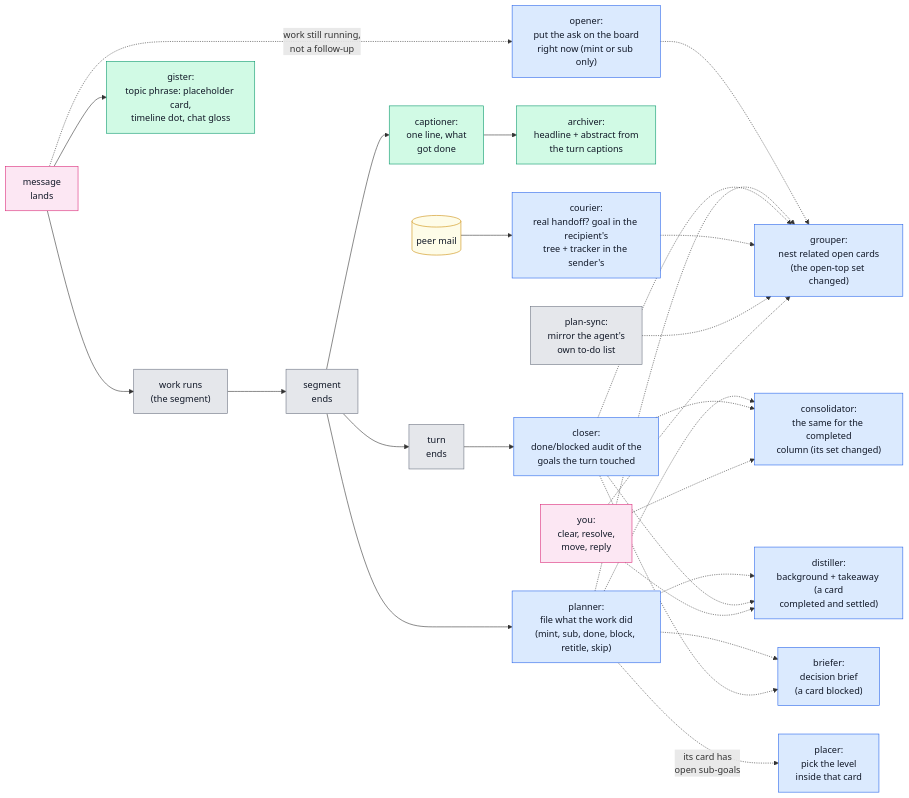
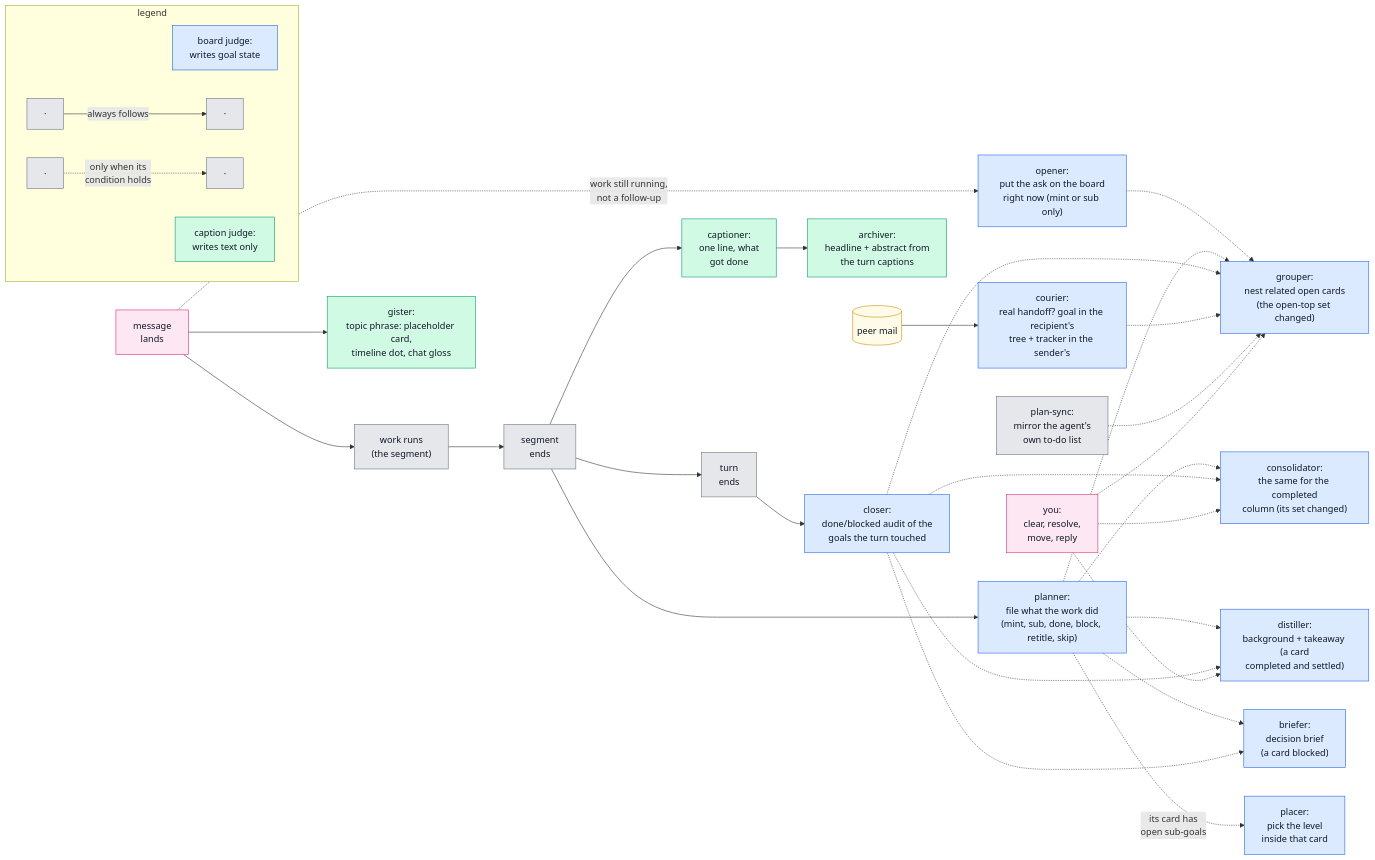
One commit to Chris-mian/romp changed the second of 5 diagrams in docs/judge-pipeline.md. Above: the diagram before and after it, drawn with Mermaid.

Commit message:
judge figure: in-figure legend, rank you/plan-sync/peer-mail near the fan-in
The you and plan-sync nodes (and the peer-mail anchor) had no incoming edges,
so the renderer put them at the far left and their dashed edges crossed the
whole figure; invisible rank links pull them next to the board-change judges
they feed. A legend subgraph now states the conventions in the figure itself:
solid = always follows, dashed = only when its condition holds, blue = board
judge, green = caption judge.

````diff
--- a/docs/judge-pipeline.md
+++ b/docs/judge-pipeline.md
@@ -65,23 +65,30 @@
 ```mermaid
 flowchart LR
     M["message<br/>lands"]:::user --> W["work runs<br/>(the segment)"]:::det --> E["segment<br/>ends"]:::det --> X["turn<br/>ends"]:::det
-    MAIL[("peer mail")]:::data --> CO["courier:<br/>real handoff? goal in the recipient's<br/>tree + tracker in the sender's"]:::llm
+    E ~~~ MAIL[("peer mail")]:::data --> CO["courier:<br/>real handoff? goal in the recipient's<br/>tree + tracker in the sender's"]:::llm
     M --> GI["gister:<br/>topic phrase: placeholder card,<br/>timeline dot, chat gloss"]:::idx
     E --> CA["captioner:<br/>one line, what<br/>got done"]:::idx
     CA --> AR["archiver:<br/>headline + abstract from<br/>the turn captions"]:::idx
     M -.->|"work still running,<br/>not a follow-up"| PP["opener:<br/>put the ask on the board<br/>right now (mint or sub only)"]:::llm
     E --> PL["planner:<br/>file what the work did<br/>(mint, sub, done, block, retitle, skip)"]:::llm
     PL -.->|"its card has<br/>open sub-goals"| PC["placer:<br/>pick the level<br/>inside that card"]:::llm
     X --> CL["closer:<br/>done/blocked audit of the<br/>goals the turn touched"]:::llm
-    SYNC["plan-sync:<br/>mirror the agent's<br/>own to-do list"]:::det
-    YOU["you:<br/>clear, resolve,<br/>move, reply"]:::user
+    X ~~~ SYNC["plan-sync:<br/>mirror the agent's<br/>own to-do list"]:::det
+    CL ~~~ YOU["you:<br/>clear, resolve,<br/>move, reply"]:::user
     PP & PL & CL & CO & SYNC & YOU -.-> GR["grouper:<br/>nest related open cards<br/>(the open-top set changed)"]:::llm
     PL & CL & YOU -.-> CN["consolidator:<br/>the same for the completed<br/>column (its set changed)"]:::llm
     PL & CL & YOU -.-> DI["distiller:<br/>background + takeaway (a card<br/>completed and settled)"]:::llm
     PL & CL -.-> BR["briefer:<br/>decision brief<br/>(a card blocked)"]:::llm
+    subgraph LEGEND["legend"]
+        direction LR
+        LB["board judge:<br/>writes goal state"]:::llm
+        LG["caption judge:<br/>writes text only"]:::idx
+        LS1["·"]:::det -->|"always follows"| LS2["·"]:::det
+        LD1["·"]:::det -.->|"only when its<br/>condition holds"| LD2["·"]:::det
+    end
     classDef llm fill:#dbeafe,stroke:#2563eb,color:#111827
     classDef idx fill:#d1fae5,stroke:#059669,color:#111827
     classDef det fill:#e5e7eb,stroke:#6b7280,color:#111827
     classDef data fill:#fefce8,stroke:#ca8a04,color:#111827
     classDef user fill:#fce7f3,stroke:#db2777,color:#111827
 ```
````
